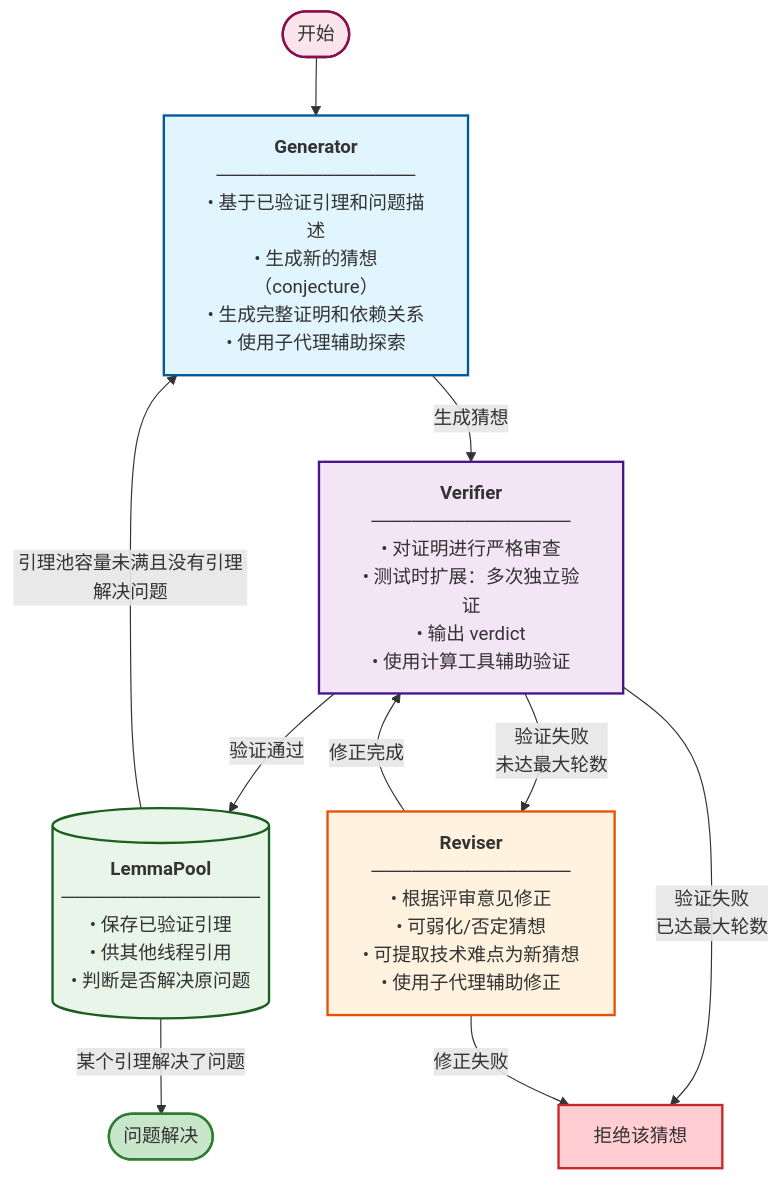
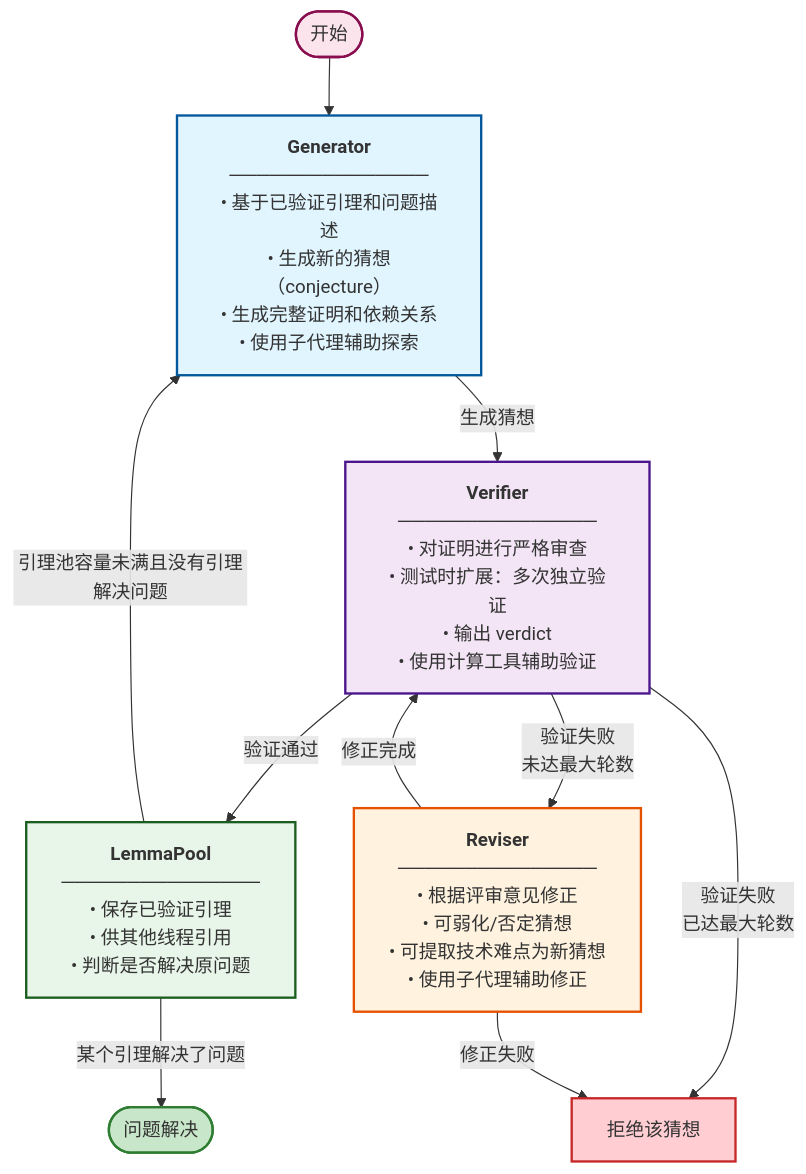
One commit to tanzcoding/AlphaSolve changed the diagram in README.md. Above: the diagram before and after it, drawn with Mermaid. The commit also changed other lines of this file and 1 other file, not shown here.

````diff
--- a/README.md
+++ b/README.md
@@ -35,26 +36,26 @@
 ```mermaid
 flowchart TD
     Start([开始]) --> Generator
     
     Generator["<b>Generator</b><br/>───────────────<br/>• 基于已验证引理和问题描述<br/>• 生成新的猜想（conjecture）<br/>• 生成完整证明和依赖关系<br/>• 使用子代理辅助探索"] -->|生成猜想| Verifier
     
     Verifier["<b>Verifier</b><br/>───────────────<br/>• 对证明进行严格审查<br/>• 测试时扩展：多次独立验证<br/>• 输出 verdict<br/>• 使用计算工具辅助验证"] -->|验证通过| LemmaPool
     Verifier -->|验证失败<br/>未达最大轮数| Reviser
     Verifier -->|验证失败<br/>已达最大轮数| Reject[拒绝该猜想]
     
     Reviser["<b>Reviser</b><br/>───────────────<br/>• 根据评审意见修正<br/>• 可弱化/否定猜想<br/>• 可提取技术难点为新猜想<br/>• 使用子代理辅助修正"] -->|修正完成| Verifier
     Reviser -->|修正失败| Reject
     
-    LemmaPool[("<b>LemmaPool</b><br/>───────────────<br/>• 保存已验证引理<br/>• 供其他线程引用<br/>• 判断是否解决原问题")]
+    LemmaPool["<b>LemmaPool</b><br/>───────────────<br/>• 保存已验证引理<br/>• 供其他线程引用<br/>• 判断是否解决原问题"]
     
     LemmaPool -->|某个引理解决了问题| Solved([问题解决])
     LemmaPool -->|引理池容量未满且没有引理解决问题| Generator
     
     style Generator fill:#e1f5ff,stroke:#01579b,stroke-width:2px
     style Verifier fill:#f3e5f5,stroke:#4a148c,stroke-width:2px
     style Reviser fill:#fff3e0,stroke:#e65100,stroke-width:2px
     style LemmaPool fill:#e8f5e9,stroke:#1b5e20,stroke-width:2px
     style Solved fill:#c8e6c9,stroke:#2e7d32,stroke-width:2px
     style Reject fill:#ffcdd2,stroke:#c62828,stroke-width:2px
     style Start fill:#fce4ec,stroke:#880e4f,stroke-width:2px
 ```
````
